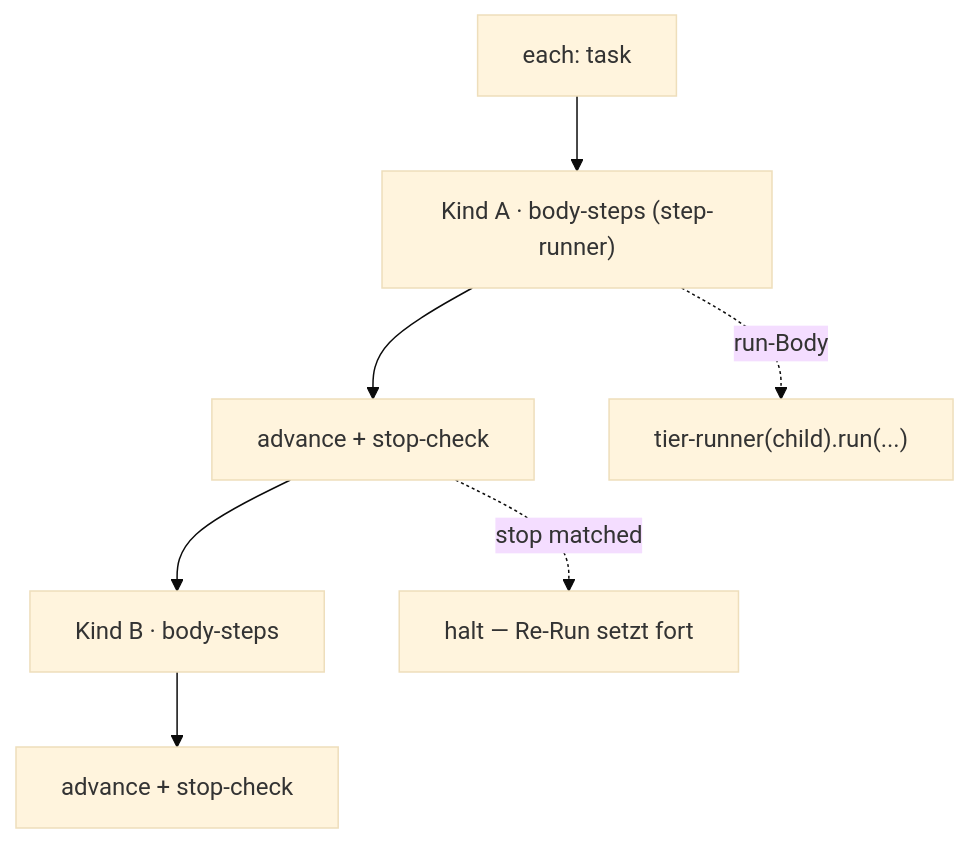
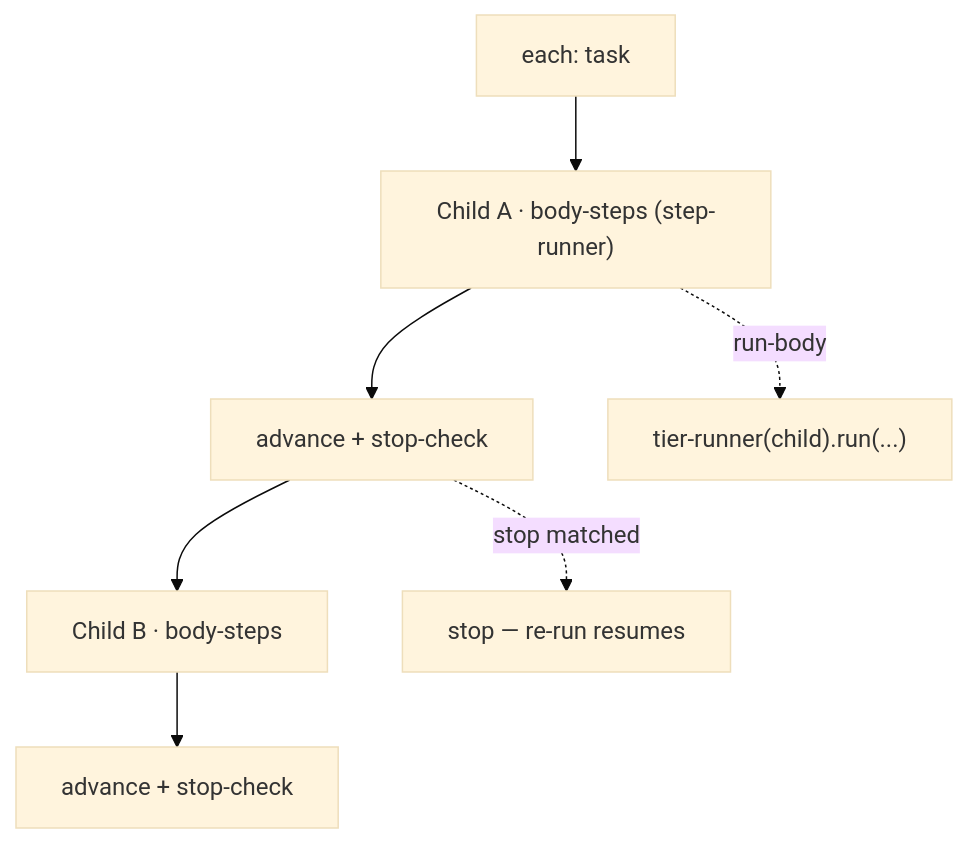
The diagram in docs/core/engine/scope/loop-step.md (chafoo/anchored), drawn with Mermaid (base theme) before and after one commit. The commit also changed other lines of this file and 131 other files, not shown here.

````diff
--- a/docs/core/engine/scope/loop-step.md
+++ b/docs/core/engine/scope/loop-step.md
@@ -25,9 +25,9 @@
 ```mermaid
 flowchart TB
-    L["each: task"] --> A["Kind A · body-steps (step-runner)"]
+    L["each: task"] --> A["Child A · body-steps (step-runner)"]
     A --> A2["advance + stop-check"]
-    A2 --> B["Kind B · body-steps"]
+    A2 --> B["Child B · body-steps"]
     B --> B2["advance + stop-check"]
-    A -. "run-Body" .-> rec["tier-runner(child).run(...)"]
-    A2 -. "stop matched" .-> H["halt — Re-Run setzt fort"]
+    A -. "run-body" .-> rec["tier-runner(child).run(...)"]
+    A2 -. "stop matched" .-> H["stop — re-run resumes"]
 ```
````
